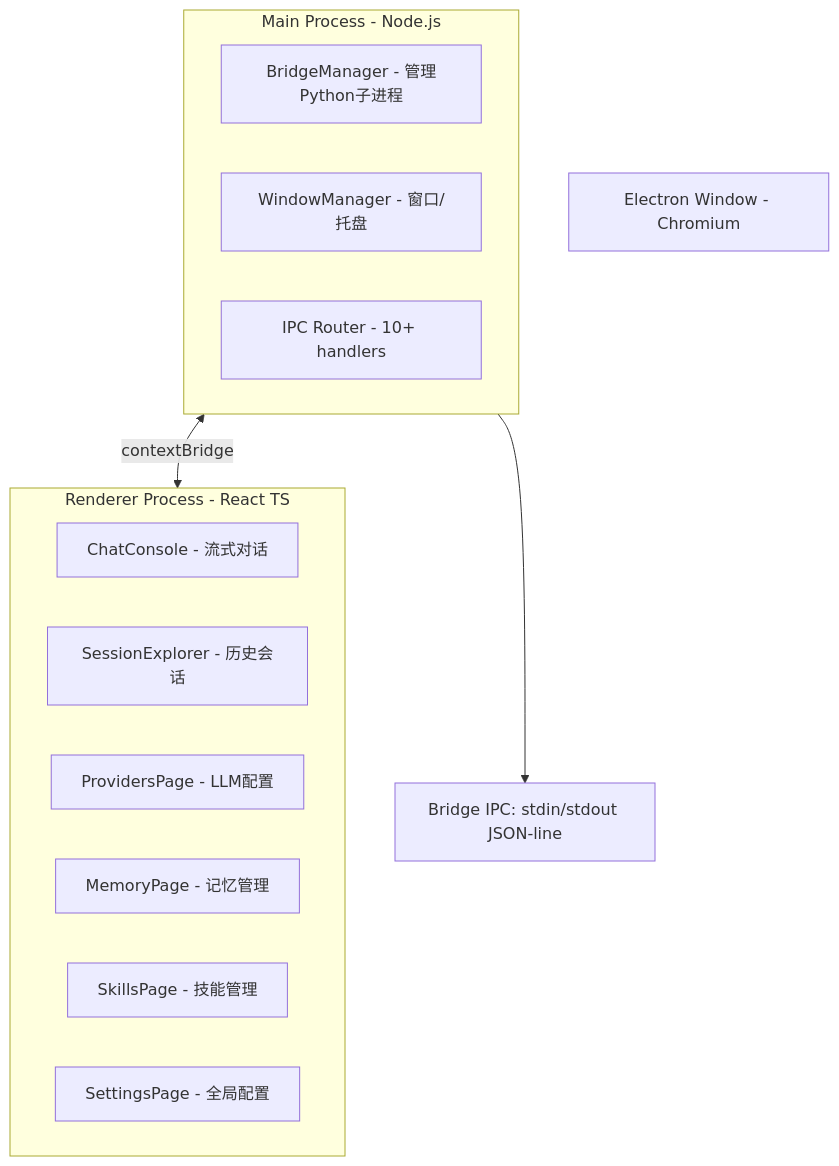
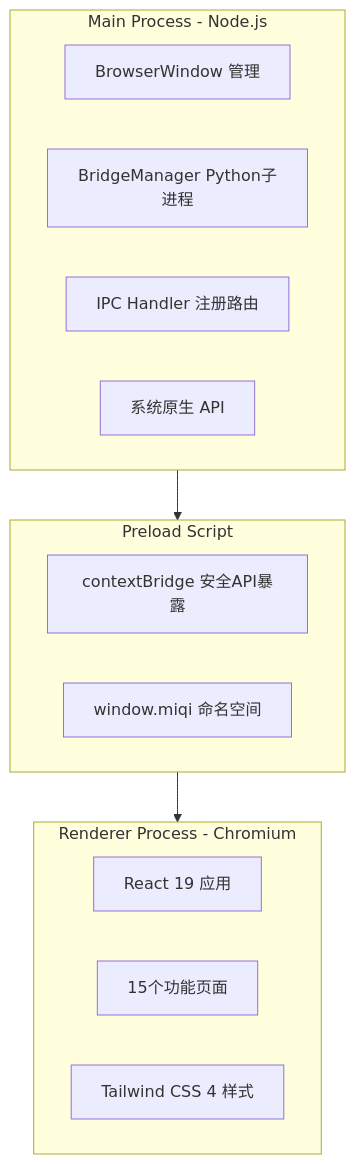
Before and after one commit to 14790897/MiQi: the first of 2 diagrams in docs/architecture.md, drawn with Mermaid. The commit also changed 6 other files, not shown here.

Commit message:
docs: update architecture diagram IPC flow

````diff
--- a/docs/architecture.md
+++ b/docs/architecture.md
@@ -9,25 +9,23 @@
 ```mermaid
 graph TB
-    UI[Electron Window - Chromium]
-
-    subgraph MainProcess [Main Process - Node.js]
-        BM[BridgeManager - 管理Python子进程]
-        WM[WindowManager - 窗口/托盘]
-        IPC[IPC Router - 10+ handlers]
+    subgraph MP [Main Process - Node.js]
+        BW[BrowserWindow 管理]
+        BM[BridgeManager Python子进程]
+        IPC[IPC Handler 注册路由]
+        API[系统原生 API]
     end
 
-    subgraph Renderer [Renderer Process - React TS]
-        CC[ChatConsole - 流式对话]
-        SE[SessionExplorer - 历史会话]
-        PP[ProvidersPage - LLM配置]
-        MP[MemoryPage - 记忆管理]
-        SP[SkillsPage - 技能管理]
-        STP[SettingsPage - 全局配置]
+    subgraph PS [Preload Script]
+        CB[contextBridge 安全API暴露]
+        NS[window.miqi 命名空间]
     end
 
-    MainProcess <-->|contextBridge| Renderer
+    subgraph RP [Renderer Process - Chromium]
+        RC[React 19 应用]
+        PGS[15个功能页面]
+        TW[Tailwind CSS 4 样式]
+    end
 
-    Proto[Bridge IPC: stdin/stdout JSON-line]
-
-    MainProcess --> Proto
+    MP --> PS
+    PS --> RP
 ```
````
